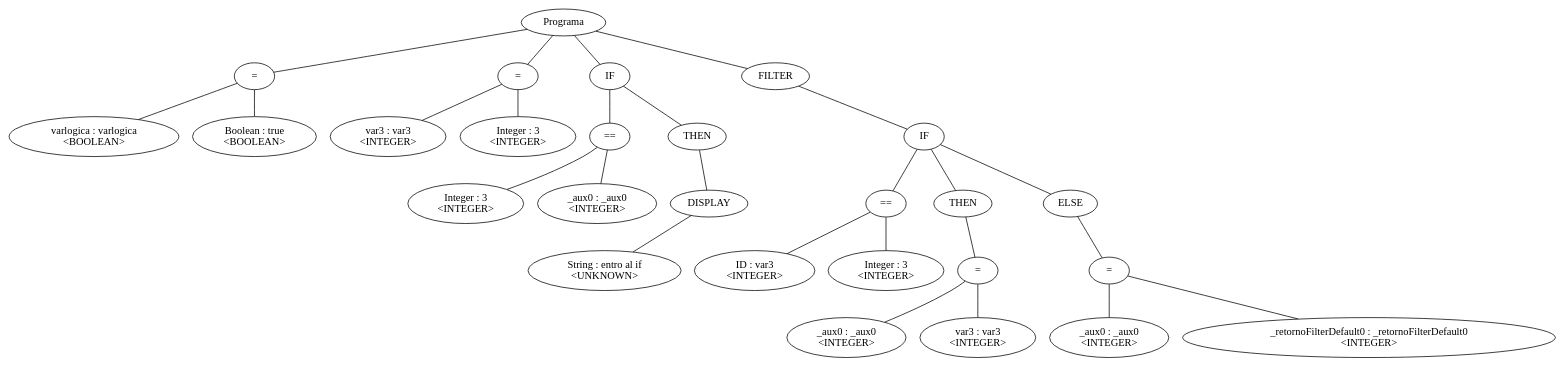
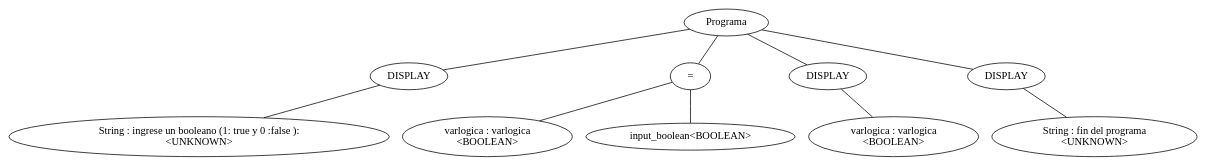
One commit to leandroprios/compilador changed the diagram in arbol.dot. Above: the diagram before and after it, drawn with Graphviz. The commit also changed 30 other files, not shown here.

Commit message:
input boolean andando

```diff
--- a/arbol.dot
+++ b/arbol.dot
@@ -1,55 +1,20 @@
-graph G {nodo_1886840526[label="Programa"]
-nodo_598238425[label="="]
-nodo_1886840526--nodo_598238425
-nodo_1786604716[label="varlogica : varlogica\n<BOOLEAN>"]
-nodo_598238425--nodo_1786604716
-nodo_1663209741[label="Boolean : true\n<BOOLEAN>"]
-nodo_598238425--nodo_1663209741
-nodo_614812465[label="="]
-nodo_1886840526--nodo_614812465
-nodo_1145798096[label="var3 : var3\n<INTEGER>"]
-nodo_614812465--nodo_1145798096
-nodo_1163031033[label="Integer : 3\n<INTEGER>"]
-nodo_614812465--nodo_1163031033
-nodo_848247463[label="IF"]
-nodo_1886840526--nodo_848247463
-nodo_1023218436[label="FILTER"]
-nodo_1886840526--nodo_1023218436
-nodo_600263862[label="IF"]
-nodo_1023218436--nodo_600263862
-nodo_1967930510[label="=="]
-nodo_600263862--nodo_1967930510
-nodo_1054702210[label="ID : var3 
- <INTEGER>"]
-nodo_1967930510--nodo_1054702210
-nodo_1785473902[label="Integer : 3\n<INTEGER>"]
-nodo_1967930510--nodo_1785473902
-nodo_1935108201[label="="]
-nodo_180566332--nodo_1935108201
-nodo_1735099073[label="_aux0 : _aux0\n<INTEGER>"]
-nodo_1935108201--nodo_1735099073
-nodo_850918852[label="var3 : var3\n<INTEGER>"]
-nodo_1935108201--nodo_850918852
-nodo_600263862--nodo_180566332
-nodo_180566332[label="THEN"]
-nodo_600263862--nodo_886053294
-nodo_886053294[label="ELSE"]
-nodo_957061031[label="="]
-nodo_886053294--nodo_957061031
-nodo_1909961935[label="_aux0 : _aux0\n<INTEGER>"]
-nodo_957061031--nodo_1909961935
-nodo_1242647998[label="_retornoFilterDefault0 : _retornoFilterDefault0\n<INTEGER>"]
-nodo_957061031--nodo_1242647998
-nodo_728281563[label="=="]
-nodo_848247463--nodo_728281563
-nodo_709872877[label="Integer : 3\n<INTEGER>"]
-nodo_728281563--nodo_709872877
-nodo_614296254[label="_aux0 : _aux0\n<INTEGER>"]
-nodo_728281563--nodo_614296254
-nodo_773301378[label="DISPLAY"]
-nodo_283703541--nodo_773301378
-nodo_1195121501[label="String : entro al if\n<UNKNOWN>"]
-nodo_773301378--nodo_1195121501
-nodo_848247463--nodo_283703541
-nodo_283703541[label="THEN"]
+graph G {nodo_1552246928[label="Programa"]
+nodo_627428702[label="DISPLAY"]
+nodo_1552246928--nodo_627428702
+nodo_672224246[label="String : ingrese un booleano (1: true y 0 :false ):\n<UNKNOWN>"]
+nodo_627428702--nodo_672224246
+nodo_649051391[label="="]
+nodo_1552246928--nodo_649051391
+nodo_1360630098[label="varlogica : varlogica\n<BOOLEAN>"]
+nodo_649051391--nodo_1360630098
+nodo_649051391--nodo_1520281874
+nodo_1520281874[label="input_boolean<BOOLEAN>"]
+nodo_2016534356[label="DISPLAY"]
+nodo_1552246928--nodo_2016534356
+nodo_589483241[label="varlogica : varlogica\n<BOOLEAN>"]
+nodo_2016534356--nodo_589483241
+nodo_1043090142[label="DISPLAY"]
+nodo_1552246928--nodo_1043090142
+nodo_164536624[label="String : fin del programa\n<UNKNOWN>"]
+nodo_1043090142--nodo_164536624
 }
```
